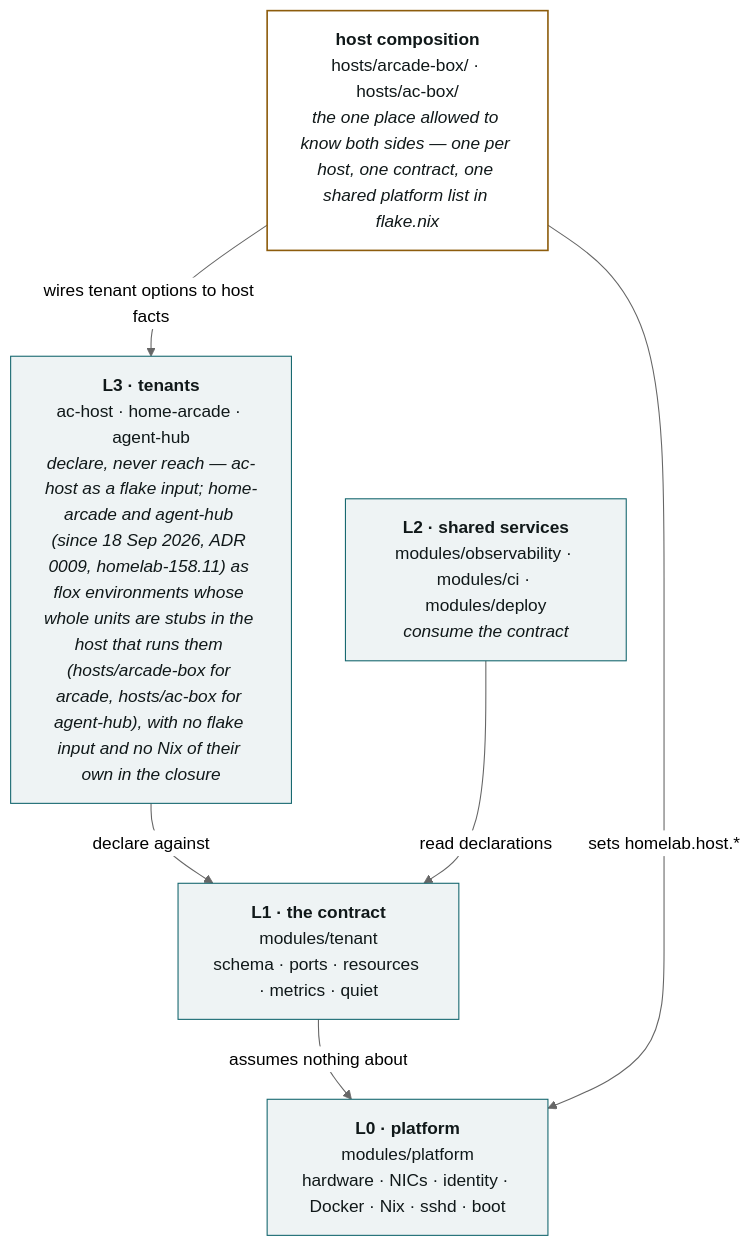
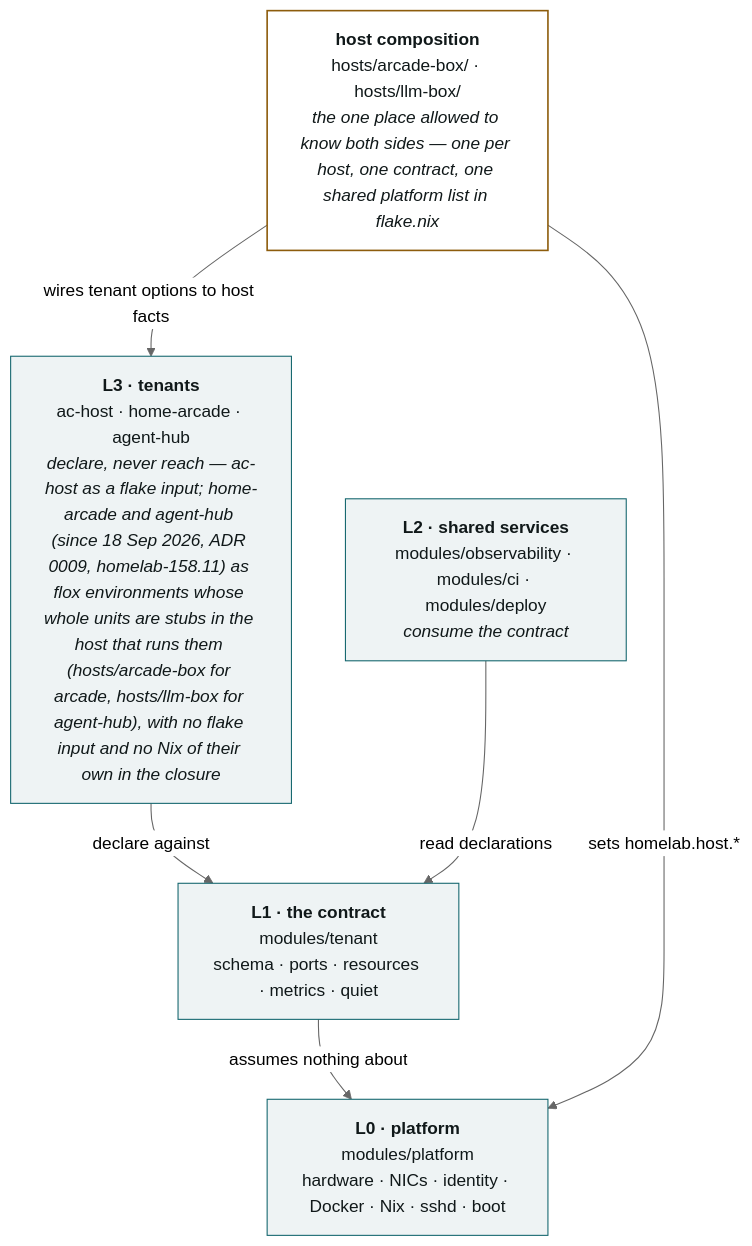
The first of 5 diagrams in docs/architecture.md (imkarrer/homelab), drawn with Mermaid (neutral theme) before and after one commit. The commit also changed other lines of this file and 36 other files, not shown here.

````diff
--- a/docs/architecture.md
+++ b/docs/architecture.md
@@ -31,19 +31,19 @@
 ```mermaid
 flowchart TD
-    L3["<b>L3 · tenants</b><br/>ac-host · home-arcade · agent-hub<br/><i>declare, never reach — ac-host as a flake input; home-arcade and agent-hub (since 18 Sep 2026, ADR 0009, homelab-158.11) as flox environments whose whole units are stubs in the host that runs them (hosts/arcade-box for arcade, hosts/ac-box for agent-hub), with no flake input and no Nix of their own in the closure</i>"]
+    L3["<b>L3 · tenants</b><br/>ac-host · home-arcade · agent-hub<br/><i>declare, never reach — ac-host as a flake input; home-arcade and agent-hub (since 18 Sep 2026, ADR 0009, homelab-158.11) as flox environments whose whole units are stubs in the host that runs them (hosts/arcade-box for arcade, hosts/llm-box for agent-hub), with no flake input and no Nix of their own in the closure</i>"]
     L2["<b>L2 · shared services</b><br/>modules/observability · modules/ci · modules/deploy<br/><i>consume the contract</i>"]
     L1["<b>L1 · the contract</b><br/>modules/tenant<br/>schema · ports · resources · metrics · quiet"]
     L0["<b>L0 · platform</b><br/>modules/platform<br/>hardware · NICs · identity · Docker · Nix · sshd · boot"]
-    HOST["<b>host composition</b><br/>hosts/arcade-box/ · hosts/ac-box/<br/><i>the one place allowed to know both sides — one per host, one contract, one shared platform list in flake.nix</i>"]
+    HOST["<b>host composition</b><br/>hosts/arcade-box/ · hosts/llm-box/<br/><i>the one place allowed to know both sides — one per host, one contract, one shared platform list in flake.nix</i>"]
 
     L3 -- "declare against" --> L1
     L2 -- "read declarations" --> L1
     L1 -- "assumes nothing about" --> L0
     HOST -- "wires tenant options to host facts" --> L3
     HOST -- "sets homelab.host.*" --> L0
 
     classDef layer fill:#eef3f4,stroke:#14666e,stroke-width:1px,color:#101819;
     classDef host fill:#fff,stroke:#8d5c0c,stroke-width:1.5px,color:#101819;
     class L0,L1,L2,L3 layer;
     class HOST host;
 ```
````
